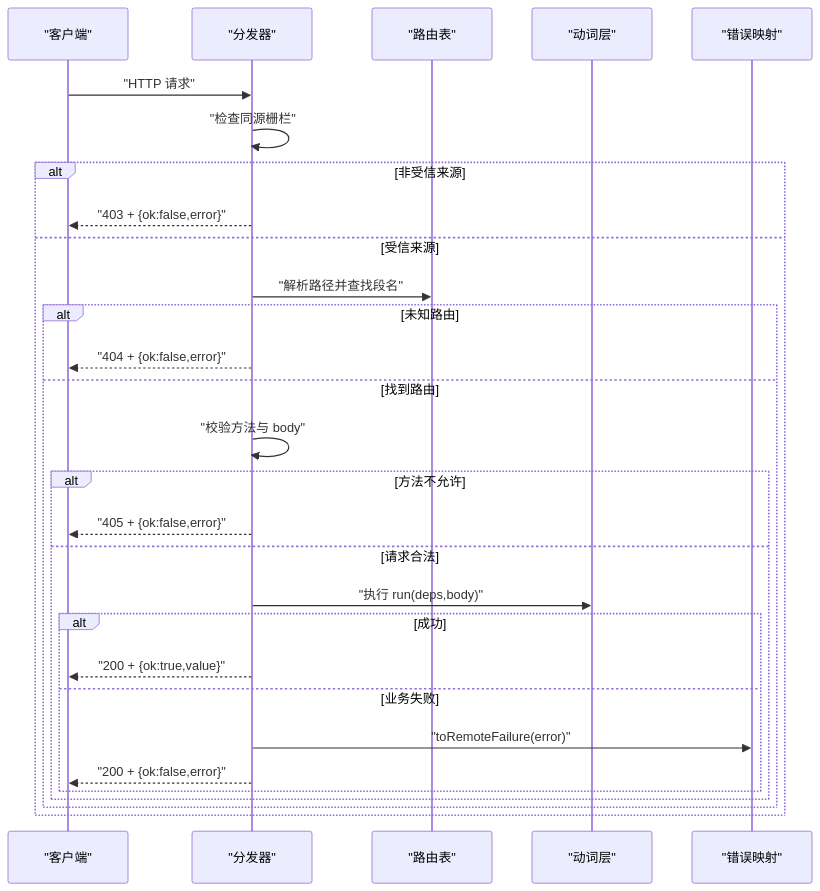
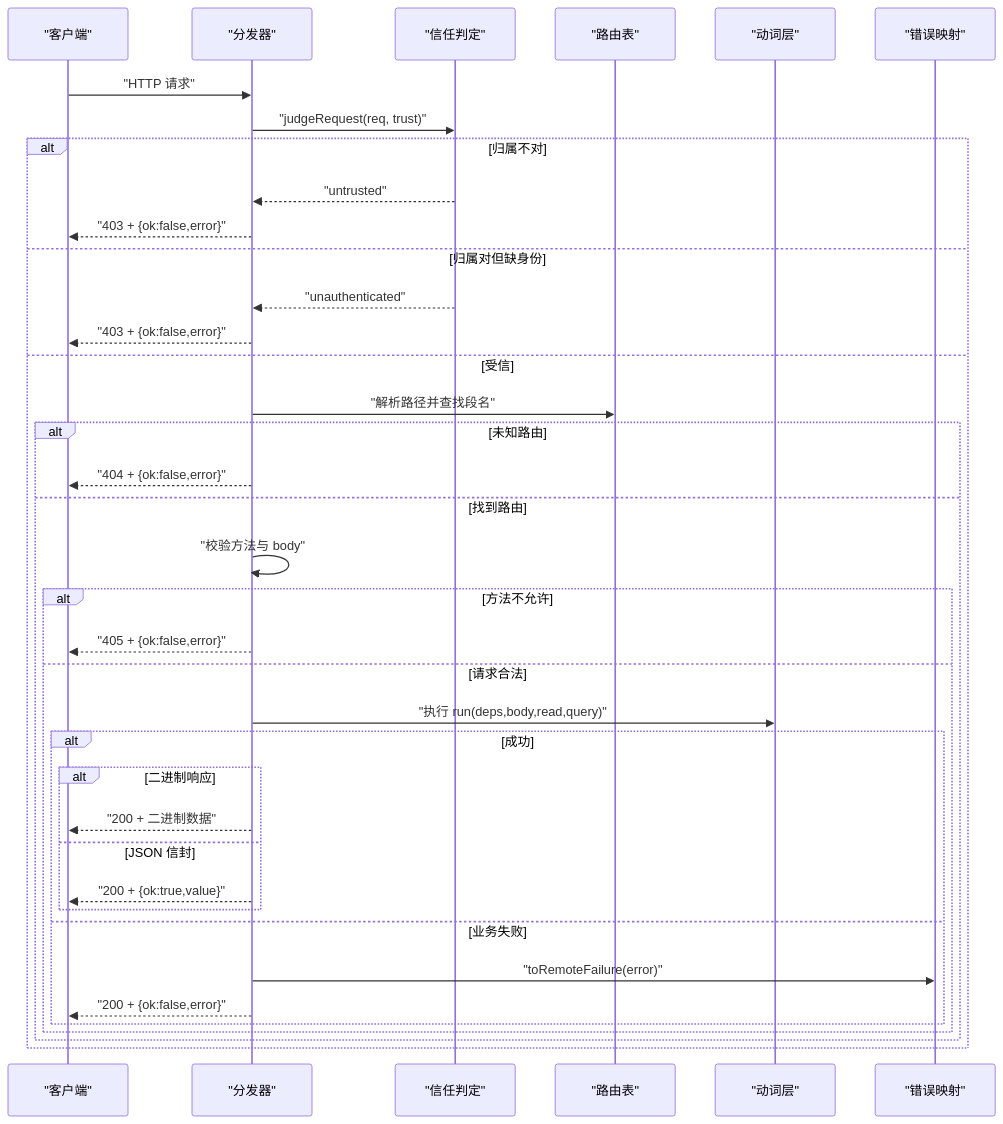
The second of 3 diagrams in .qoder/repowiki/zh/content/API 参考/API 参考.md (xrn1997/dsh-session-delete), drawn with Mermaid before and after one commit. The commit also changed other lines of this file and 36 other files, not shown here.

````diff
--- a/.qoder/repowiki/zh/content/API 参考/API 参考.md
+++ b/.qoder/repowiki/zh/content/API 参考/API 参考.md
@@ -92,32 +105,41 @@
 ```mermaid
 sequenceDiagram
     participant C as "客户端"
     participant D as "分发器"
+    participant T as "信任判定"
     participant R as "路由表"
     participant V as "动词层"
     participant E as "错误映射"
 
     C->>D: "HTTP 请求"
-    D->>D: "检查同源栅栏"
-    alt 非受信来源
+    D->>T: "judgeRequest(req, trust)"
+    alt 归属不对
+        T-->>D: "untrusted"
         D-->>C: "403 + {ok:false,error}"
-    else 受信来源
+    else 归属对但缺身份
+        T-->>D: "unauthenticated"
+        D-->>C: "403 + {ok:false,error}"
+    else 受信
         D->>R: "解析路径并查找段名"
         alt 未知路由
             D-->>C: "404 + {ok:false,error}"
         else 找到路由
             D->>D: "校验方法与 body"
             alt 方法不允许
                 D-->>C: "405 + {ok:false,error}"
             else 请求合法
-                D->>V: "执行 run(deps,body)"
+                D->>V: "执行 run(deps,body,read,query)"
                 alt 成功
-                    D-->>C: "200 + {ok:true,value}"
+                    alt 二进制响应
+                        D-->>C: "200 + 二进制数据"
+                    else JSON 信封
+                        D-->>C: "200 + {ok:true,value}"
+                    end
                 else 业务失败
                     D->>E: "toRemoteFailure(error)"
                     D-->>C: "200 + {ok:false,error}"
                 end
             end
         end
     end
 ```
````
